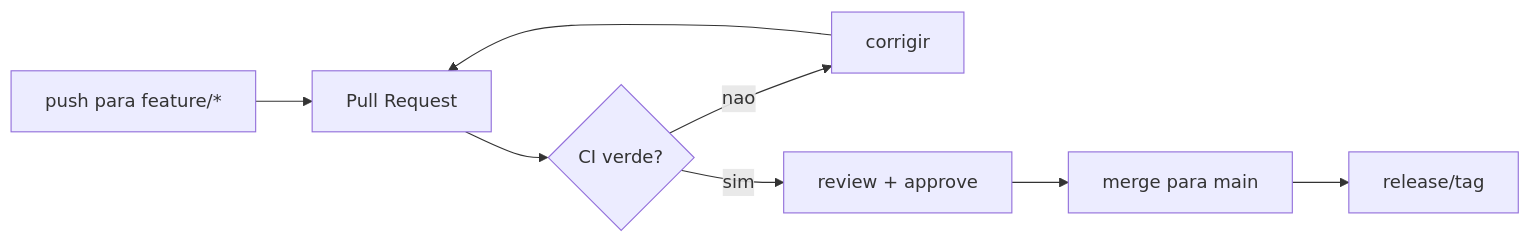
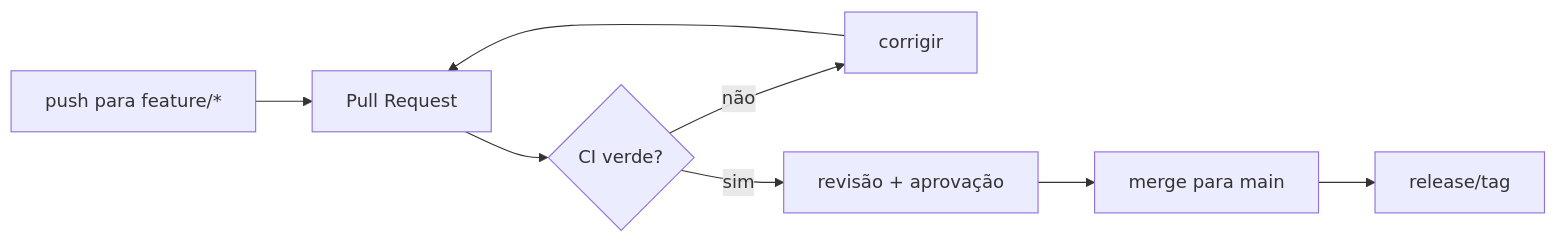
The diagram in 05-GitHub-e-Repositorios/02-GitHub-Issues-releases-actions.md (BerniloBernardo-boot/Git-e-GitHub), drawn with Mermaid before and after one commit. The commit also changed 13 other files, not shown here.

Commit message:
docs: traduz elementos explicativos dos diagramas para PT-PT

````diff
--- a/05-GitHub-e-Repositorios/02-GitHub-Issues-releases-actions.md
+++ b/05-GitHub-e-Repositorios/02-GitHub-Issues-releases-actions.md
@@ -91,10 +91,10 @@
 ```mermaid
 flowchart LR
     D["push para feature/*"] --> PR["Pull Request"]
     PR --> CI{"CI verde?"}
-    CI -->|nao| F["corrigir"]
+    CI -->|não| F["corrigir"]
     F --> PR
-    CI -->|sim| RV["review + approve"]
+    CI -->|sim| RV["revisão + aprovação"]
     RV --> M["merge para main"]
     M --> REL["release/tag"]
 ```
````
